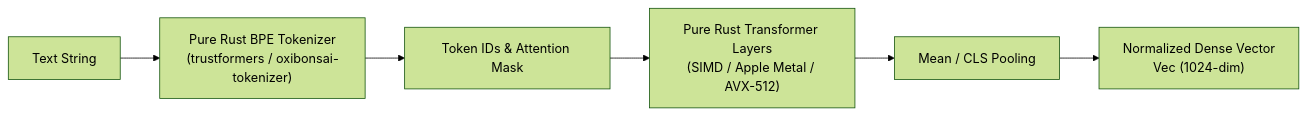
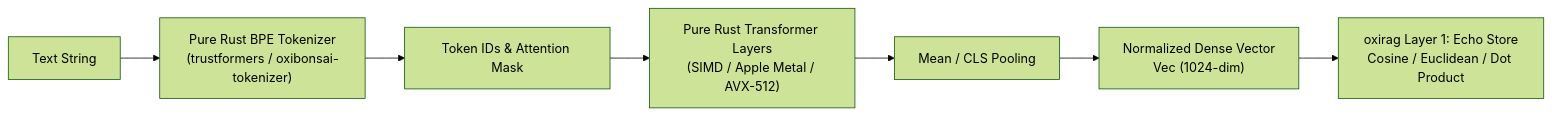
One commit to yasuomaidana/embedag changed the first of 2 diagrams in doc/08_Neural_and_Multimodal_Embeddings.md. Above: the diagram before and after it, drawn with Mermaid (forest theme). The commit also changed other lines of this file and 12 other files, not shown here.

Commit message:
feat: enhance documentation for extraction schemas and retrieval architecture

````diff
--- a/doc/08_Neural_and_Multimodal_Embeddings.md
+++ b/doc/08_Neural_and_Multimodal_Embeddings.md
@@ -29,8 +33,9 @@
 ```mermaid
 flowchart LR
     Text["Text String"] --> Tokenizer["Pure Rust BPE Tokenizer<br/>(trustformers / oxibonsai-tokenizer)"]
     Tokenizer --> Tokens["Token IDs & Attention Mask"]
     Tokens --> Layers["Pure Rust Transformer Layers<br/>(SIMD / Apple Metal / AVX-512)"]
     Layers --> Pooling["Mean / CLS Pooling"]
     Pooling --> Vector["Normalized Dense Vector<br/>Vec<f32> (1024-dim)"]
+    Vector --> EchoStore["oxirag Layer 1: Echo Store<br/>Cosine / Euclidean / Dot Product"]
 ```
````
